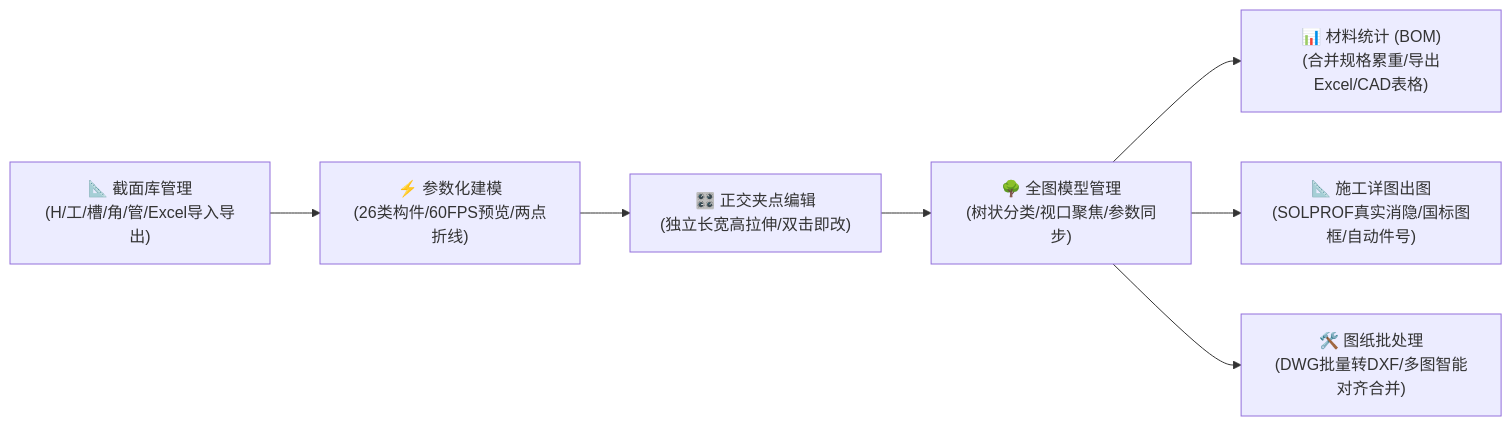
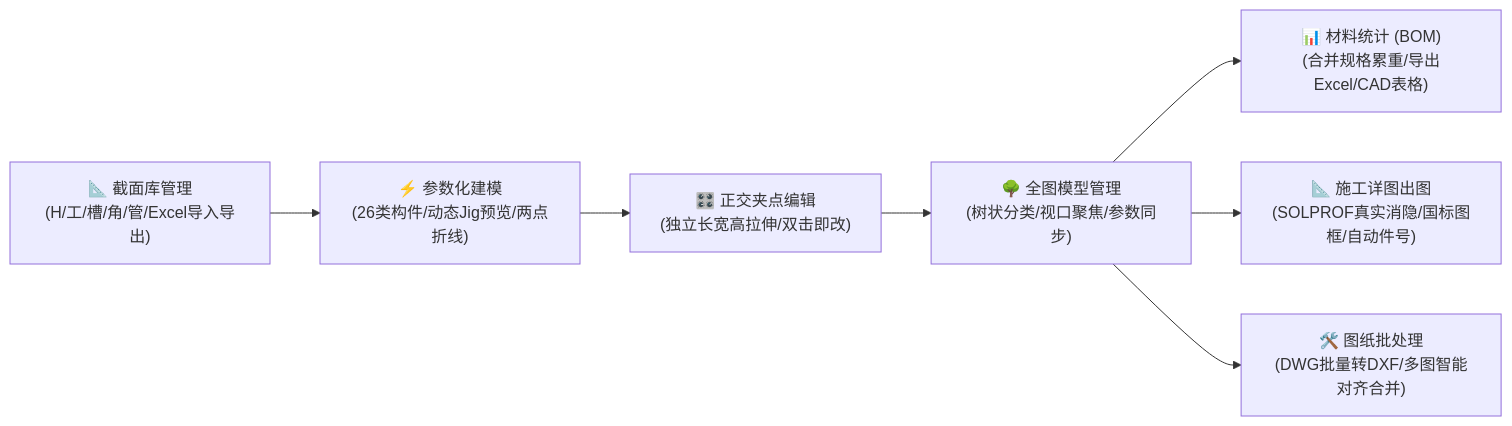
One commit to zly258/SteelStructureSuite changed the diagram in README.md. Above: the diagram before and after it, drawn with Mermaid. The commit also changed other lines of this file and 5 other files, not shown here.

````diff
--- a/README.md
+++ b/README.md
@@ -18,9 +18,9 @@
 ```mermaid
 flowchart LR
-    A["📐 截面库管理<br/>(H/工/槽/角/管/Excel导入导出)"] --> B["⚡ 参数化建模<br/>(26类构件/60FPS预览/两点折线)"]
+    A["📐 截面库管理<br/>(H/工/槽/角/管/Excel导入导出)"] --> B["⚡ 参数化建模<br/>(26类构件/动态Jig预览/两点折线)"]
     B --> C["🎛️ 正交夹点编辑<br/>(独立长宽高拉伸/双击即改)"]
     C --> D["🌳 全图模型管理<br/>(树状分类/视口聚焦/参数同步)"]
     D --> E["📊 材料统计 (BOM)<br/>(合并规格累重/导出Excel/CAD表格)"]
     D --> F["📐 施工详图出图<br/>(SOLPROF真实消隐/国标图框/自动件号)"]
     D --> G["🛠️ 图纸批处理<br/>(DWG批量转DXF/多图智能对齐合并)"]
 ```
````
